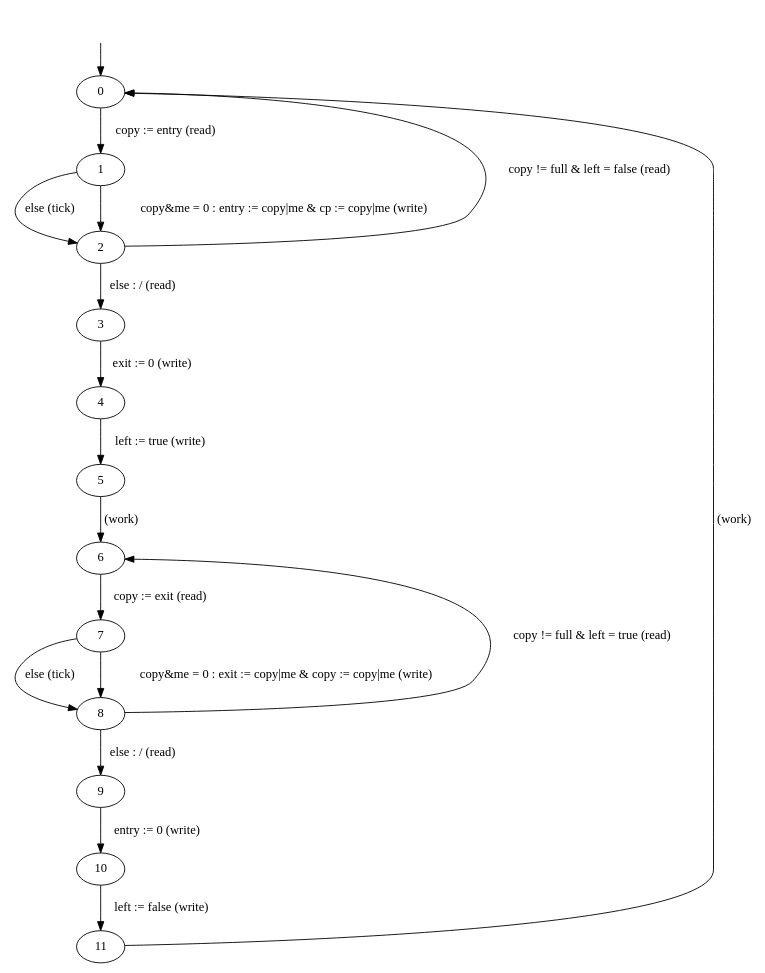
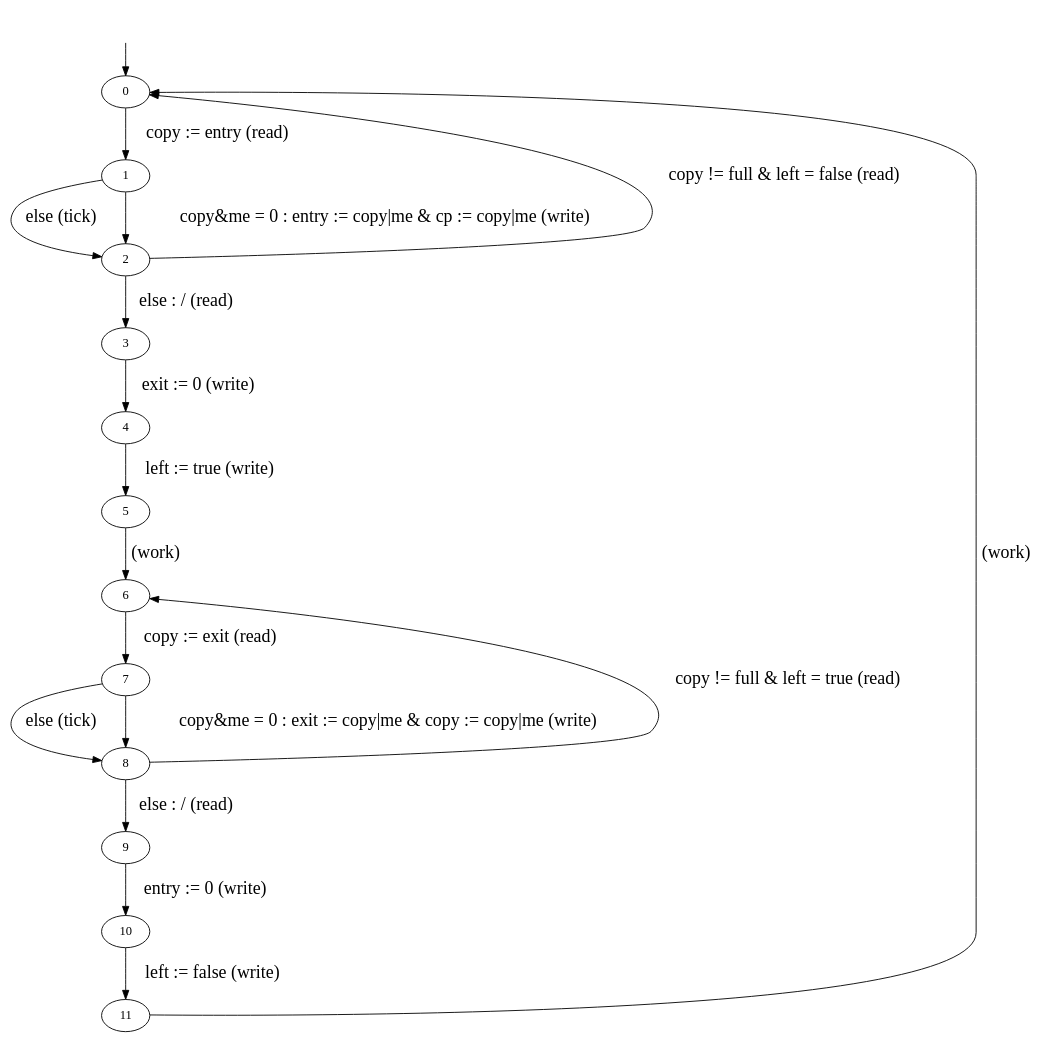
The diagram in report/images/ctmc.dot (hydroo/minor-thesis-barriers), drawn with Graphviz before and after one commit. The commit also changed 1 other file, not shown here.

```diff
--- a/report/images/ctmc.dot
+++ b/report/images/ctmc.dot
@@ -1,26 +1,26 @@
 digraph {
 	initial_state_source [style=invis]
 	initial_state_source -> "0"
 
-	"0" -> "1" [weight=10, label="copy := entry (read)"]
-	"1" -> "2" [label="else (tick)"]
-	"1" -> "2" [weight=10, label="copy&me = 0 : entry := copy|me & cp := copy|me (write)"]
+	"0" -> "1"   [fontsize=20, weight=10, label="copy := entry (read)"]
+	"1" -> "2"   [fontsize=20, label="else (tick)"]
+	"1" -> "2"   [fontsize=20, weight=10, label="copy&me = 0 : entry := copy|me & cp := copy|me (write)"]
 
-	"2" -> "0" [label="copy != full & left = false (read)"]
-	"2" -> "3" [weight=10, label="else : / (read)"]
-	"3" -> "4" [weight=10, label="exit := 0 (write)"]
-	"4" -> "5" [weight=10, label="left := true (write)"]
+	"2" -> "0"   [fontsize=20, label="copy != full & left = false (read)"]
+	"2" -> "3"   [fontsize=20, weight=10, label="else : / (read)"]
+	"3" -> "4"   [fontsize=20, weight=10, label="exit := 0 (write)"]
+	"4" -> "5"   [fontsize=20, weight=10, label="left := true (write)"]
 
-	"5" -> "6" [weight=10, label="(work)"]
+	"5" -> "6"   [fontsize=20, weight=10, label="(work)"]
 
-	"6" -> "7" [weight=10, label="copy := exit (read)"]
-	"7" -> "8" [label="else (tick)"]
-	"7" -> "8" [weight=10, label="copy&me = 0 : exit := copy|me & copy := copy|me (write)"]
+	"6" -> "7"   [fontsize=20, weight=10, label="copy := exit (read)"]
+	"7" -> "8"   [fontsize=20, label="else (tick)"]
+	"7" -> "8"   [fontsize=20, weight=10, label="copy&me = 0 : exit := copy|me & copy := copy|me (write)"]
 
-	"8" -> "6" [label="copy != full & left = true (read)"]
-	"8" -> "9" [weight=10, label="else : / (read)"]
-	"9" -> "10" [weight=10, label="entry := 0 (write)"]
-	"10" -> "11" [weight=10, label="left := false (write)"]
+	"8" -> "6"   [fontsize=20, label="copy != full & left = true (read)"]
+	"8" -> "9"   [fontsize=20, weight=10, label="else : / (read)"]
+	"9" -> "10"  [fontsize=20, weight=10, label="entry := 0 (write)"]
+	"10" -> "11" [fontsize=20, weight=10, label="left := false (write)"]
 
-	"11" -> "0" [label="(work)"]
+	"11" -> "0"  [fontsize=20, label="(work)"]
 }
```
